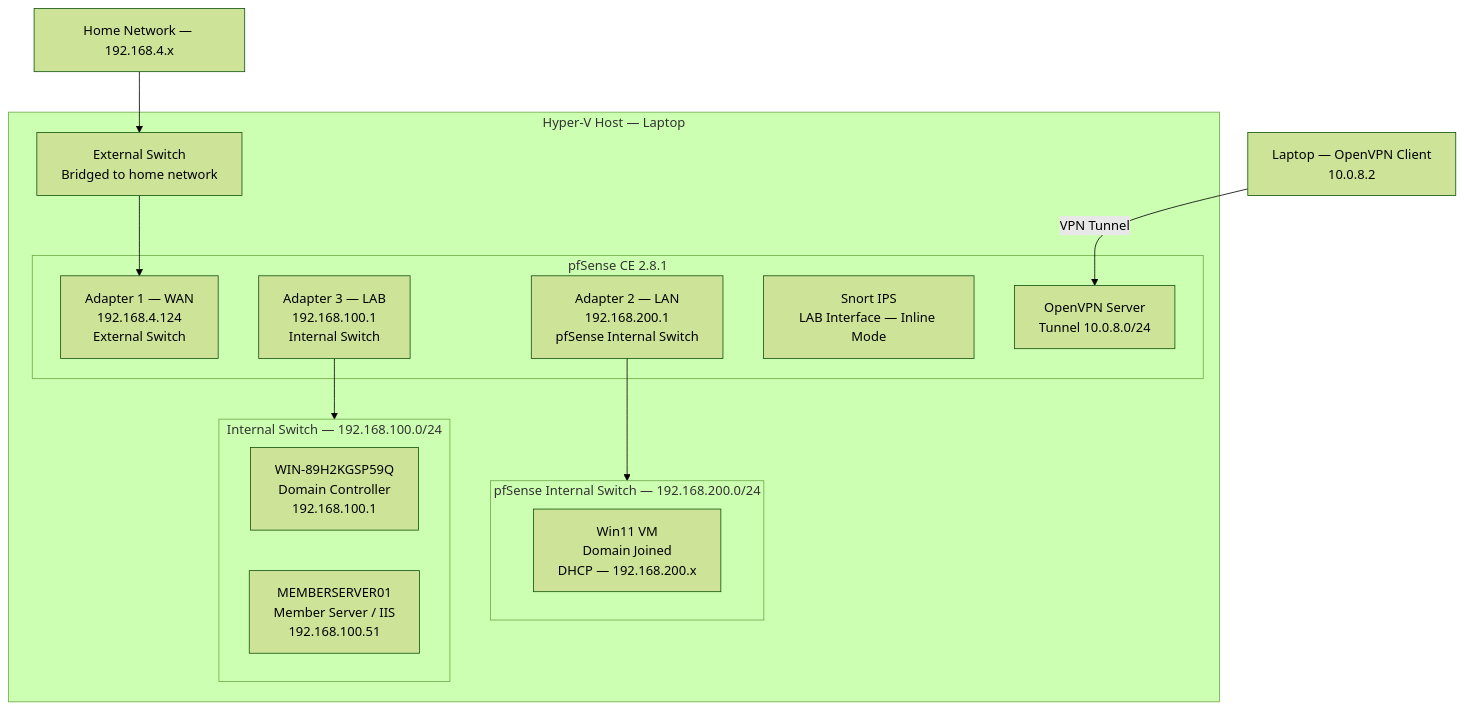
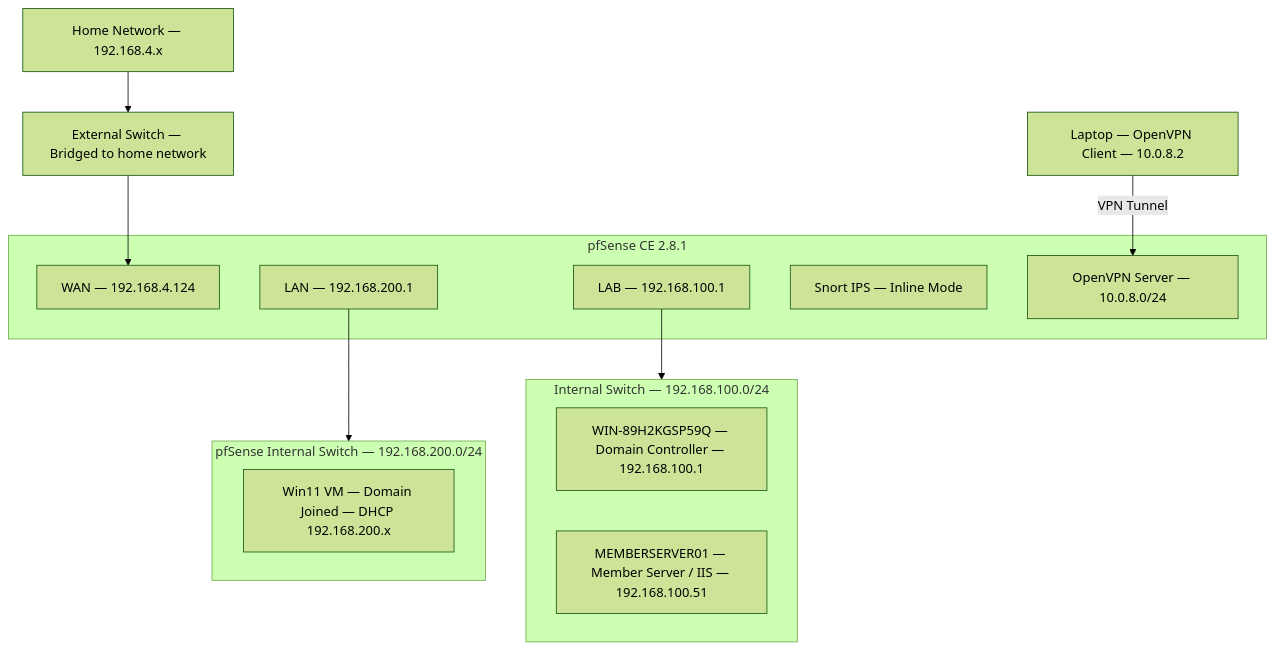
One commit to Joan1124/Homelab-Sysadmin changed the first of 2 diagrams in README.md. Above: the diagram before and after it, drawn with Mermaid (forest theme). The commit also changed other lines of this file, not shown here.

````diff
--- a/README.md
+++ b/README.md
@@ -10,34 +10,30 @@
 ```mermaid
 flowchart TD
     HomeNet["Home Network — 192.168.4.x"]
+    ExternalSwitch["External Switch — Bridged to home network"]
 
-    subgraph HyperV["Hyper-V Host — Laptop"]
+    subgraph pfSense["pfSense CE 2.8.1"]
+        WAN["WAN — 192.168.4.124"]
+        LAN["LAN — 192.168.200.1"]
+        LAB["LAB — 192.168.100.1"]
+        Snort["Snort IPS — Inline Mode"]
+        OV["OpenVPN Server — 10.0.8.0/24"]
+    end
 
-        ExternalSwitch["External Switch\nBridged to home network"]
+    subgraph pfSenseSwitch["pfSense Internal Switch — 192.168.200.0/24"]
+        Win11["Win11 VM — Domain Joined — DHCP 192.168.200.x"]
+    end
 
-        subgraph pfSense["pfSense CE 2.8.1"]
-           WAN["Adapter 1 — WAN\n192.168.4.124\nExternal Switch"]
-           LAN["Adapter 2 — LAN\n192.168.200.1\npfSense Internal Switch"]
-           LAB["Adapter 3 — LAB\n192.168.100.1\nInternal Switch"]
-           Snort["Snort IPS\nLAB Interface — Inline Mode"]
-           OV["OpenVPN Server\nTunnel 10.0.8.0/24"]
-        end
+    subgraph InternalSwitch["Internal Switch — 192.168.100.0/24"]
+        DC["WIN-89H2KGSP59Q — Domain Controller — 192.168.100.1"]
+        MS["MEMBERSERVER01 — Member Server / IIS — 192.168.100.51"]
+    end
 
-        subgraph pfSenseSwitch["pfSense Internal Switch — 192.168.200.0/24"]
-            Win11["Win11 VM\nDomain Joined\nDHCP — 192.168.200.x"]
-        end
-
-        subgraph InternalSwitch["Internal Switch — 192.168.100.0/24"]
-            DC["WIN-89H2KGSP59Q\nDomain Controller\n192.168.100.1"]
-            MS["MEMBERSERVER01\nMember Server / IIS\n192.168.100.51"]
-        end
-
-    end
+    Laptop["Laptop — OpenVPN Client — 10.0.8.2"]
 
     HomeNet --> ExternalSwitch
     ExternalSwitch --> WAN
     LAN --> pfSenseSwitch
     LAB --> InternalSwitch
-
-    Laptop["Laptop — OpenVPN Client\n10.0.8.2"] -->|VPN Tunnel| OV
+    Laptop -->|VPN Tunnel| OV
 ```
````
